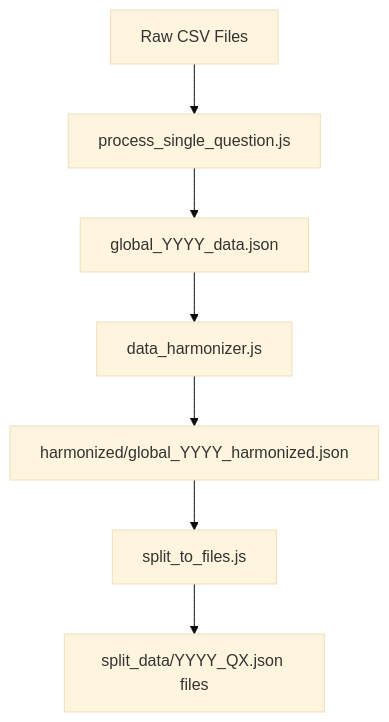
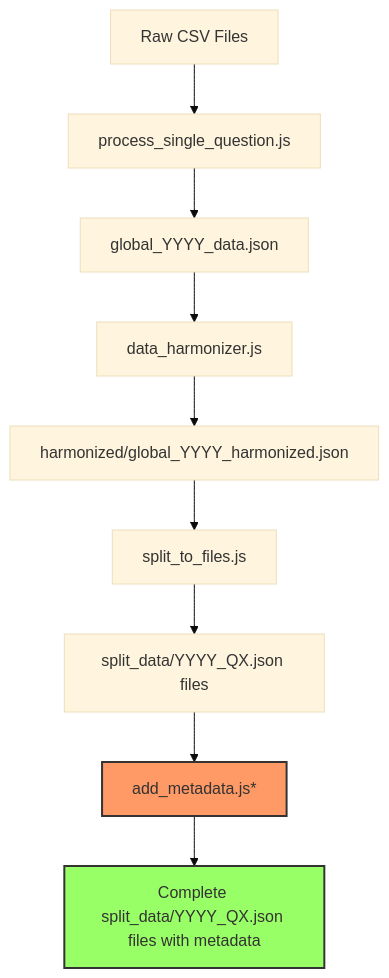
Before and after one commit to jasonlryan/ria_test: the diagram in 2025 build/data_processing_guide.md, drawn with Mermaid (base theme). The commit also changed other lines of this file and 69 other files, not shown here.

Commit message:
Split Q10 into separate DEI and CSR files (2025_10_1.json and 2025_10_2.json), updated canonical mapping, and added all 2025 data files

````diff
--- a/2025 build/data_processing_guide.md
+++ b/2025 build/data_processing_guide.md
@@ -7,9 +7,14 @@
 ```mermaid
 graph TD
     A[Raw CSV Files] --> B[process_single_question.js]
     B --> C[global_YYYY_data.json]
     C --> D[data_harmonizer.js]
     D --> E[harmonized/global_YYYY_harmonized.json]
     E --> F[split_to_files.js]
     F --> G[split_data/YYYY_QX.json files]
+    G --> H[add_metadata.js*]
+    H --> I[Complete split_data/YYYY_QX.json files with metadata]
+
+    style H fill:#f96,stroke:#333,stroke-width:2px
+    style I fill:#9f6,stroke:#333,stroke-width:2px
 ```
````
